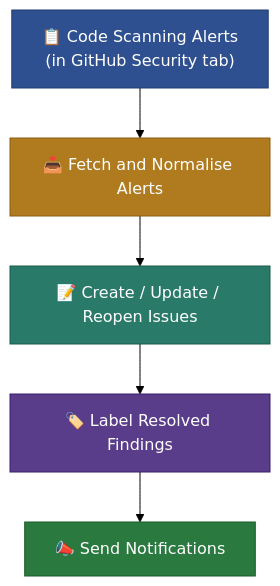
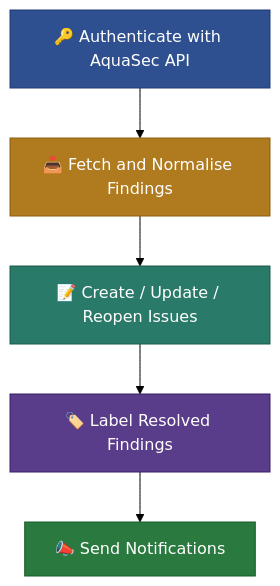
One commit to AbsaOSS/organizational-workflows changed the diagram in docs/security/security.md. Above: the diagram before and after it, drawn with Mermaid (forest theme). The commit also changed other lines of this file and 42 other files, not shown here.

First line of the commit message:
Migrate AquaSec fetch directly into pipeline (#61)

````diff
--- a/docs/security/security.md
+++ b/docs/security/security.md
@@ -17,16 +17,16 @@
 ```mermaid
 flowchart TD
-    A["📋 Code Scanning Alerts\n(in GitHub Security tab)"]
-    B["📥 Fetch and Normalise Alerts"]
+    A["🔑 Authenticate with AquaSec API"]
+    B["📥 Fetch and Normalise Findings"]
     C["📝 Create / Update / Reopen Issues"]
     D["🏷️ Label Resolved Findings"]
     E["📣 Send Notifications"]
 
     A --> B --> C --> D --> E
 
     style A fill:#2e5090,color:#fff,stroke:#1e3a70
     style B fill:#b07a1e,color:#fff,stroke:#8a5e10
     style C fill:#2a7a6a,color:#fff,stroke:#1a5a4a
     style D fill:#5a3d8a,color:#fff,stroke:#3a1d6a
     style E fill:#2a7a40,color:#fff,stroke:#1a5a28
 ```
````
